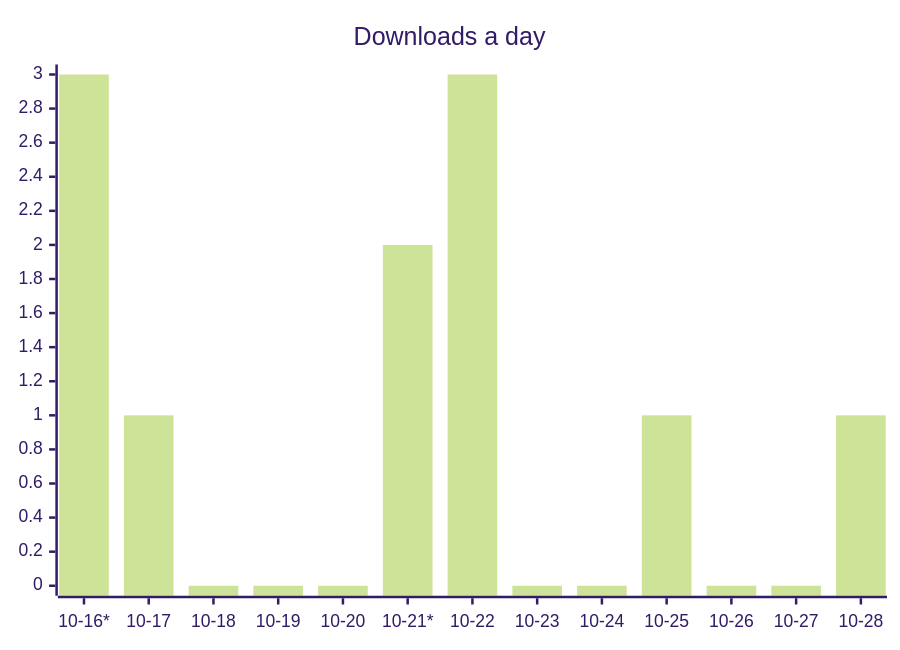
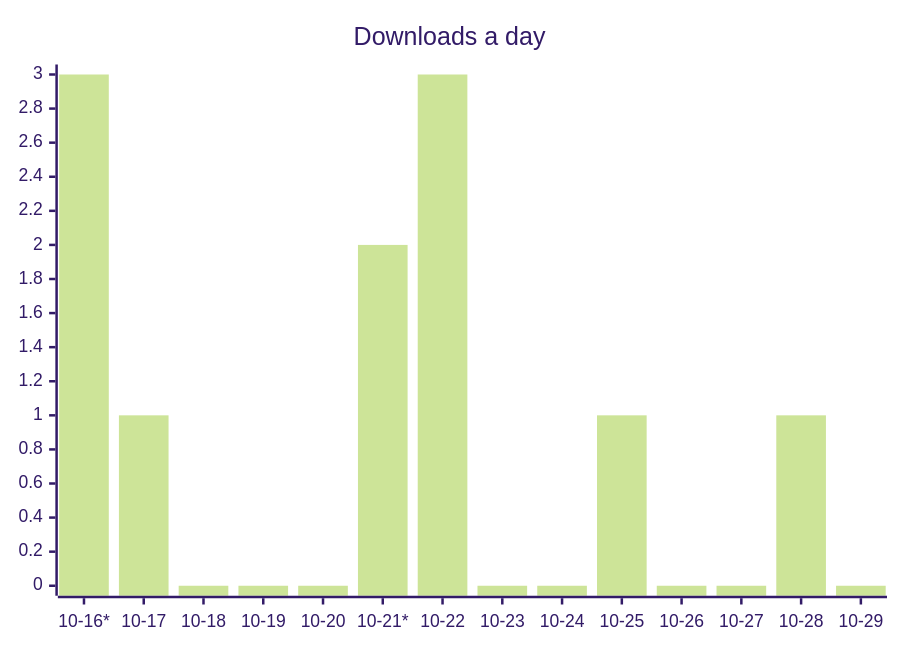
Before and after one commit to ArtemkaGoldMan/ContextSwitcher: the first of 3 diagrams in README.md, drawn with Mermaid (forest theme). The commit also changed other lines of this file and 6 other files, not shown here.

````diff
--- a/README.md
+++ b/README.md
@@ -30,6 +30,6 @@
 ```mermaid
 xychart-beta
     title "Downloads a day"
-    x-axis ["10-16*", "10-17", "10-18", "10-19", "10-20", "10-21*", "10-22", "10-23", "10-24", "10-25", "10-26", "10-27", "10-28"]
-    bar [3, 1, 0, 0, 0, 2, 3, 0, 0, 1, 0, 0, 1]
+    x-axis ["10-16*", "10-17", "10-18", "10-19", "10-20", "10-21*", "10-22", "10-23", "10-24", "10-25", "10-26", "10-27", "10-28", "10-29"]
+    bar [3, 1, 0, 0, 0, 2, 3, 0, 0, 1, 0, 0, 1, 0]
 ```
````
